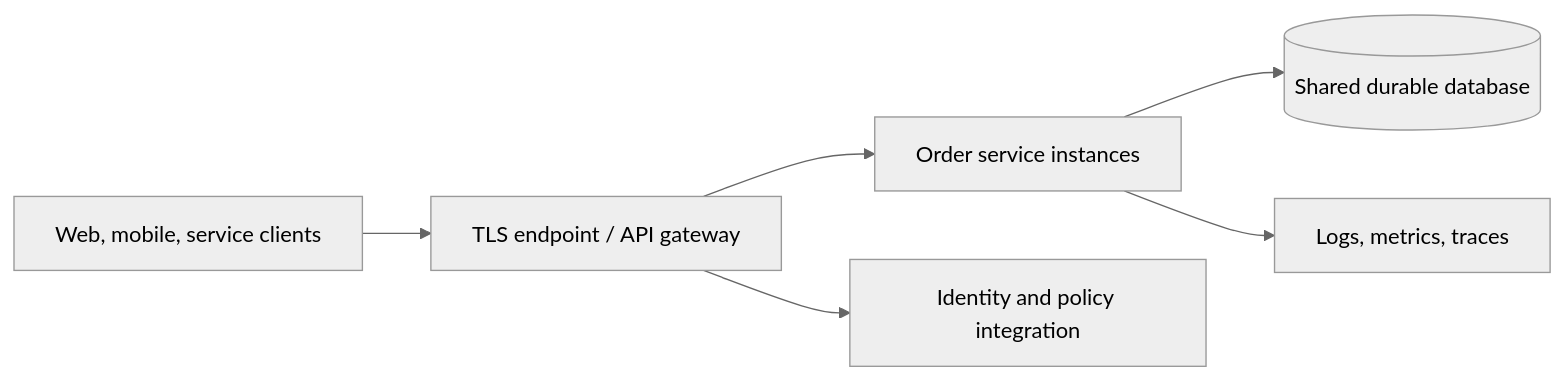
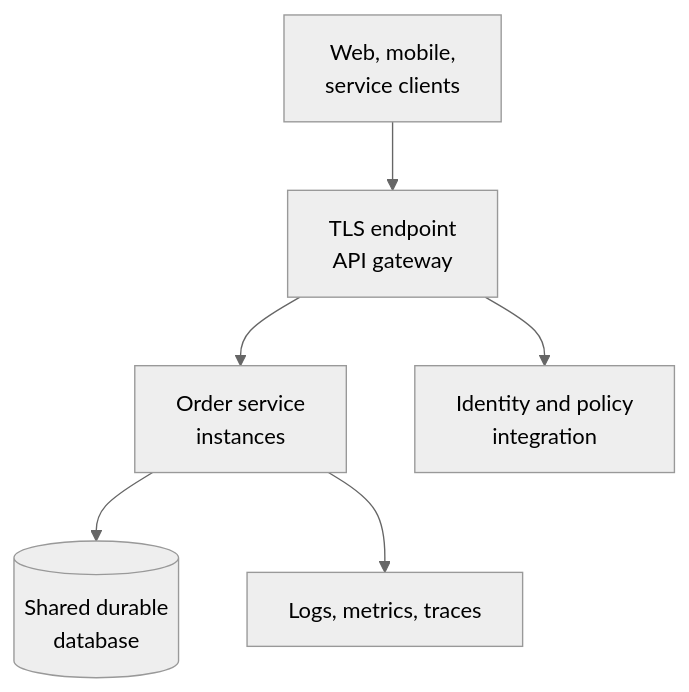
Before and after one commit to alikhawaja/training-plans: the tenth of 10 diagrams in rest-apis/training-guide.md, drawn with Mermaid (neutral theme). The commit also changed other lines of this file and 1 other file, not shown here.

Commit message:
Improve REST workshop diagram readability

````diff
--- a/rest-apis/training-guide.md
+++ b/rest-apis/training-guide.md
@@ -1163,8 +1171,8 @@
 ```mermaid
-flowchart LR
-    C["Web, mobile, service clients"] --> G["TLS endpoint / API gateway"]
-    G --> A["Order service instances"]
-    A --> D[("Shared durable database")]
+flowchart TB
+    C["Web, mobile,<br/>service clients"] --> G["TLS endpoint<br/>API gateway"]
+    G --> A["Order service<br/>instances"]
+    A --> D[("Shared durable<br/>database")]
     A --> O["Logs, metrics, traces"]
-    G --> I["Identity and policy integration"]
+    G --> I["Identity and policy<br/>integration"]
 ```
````
